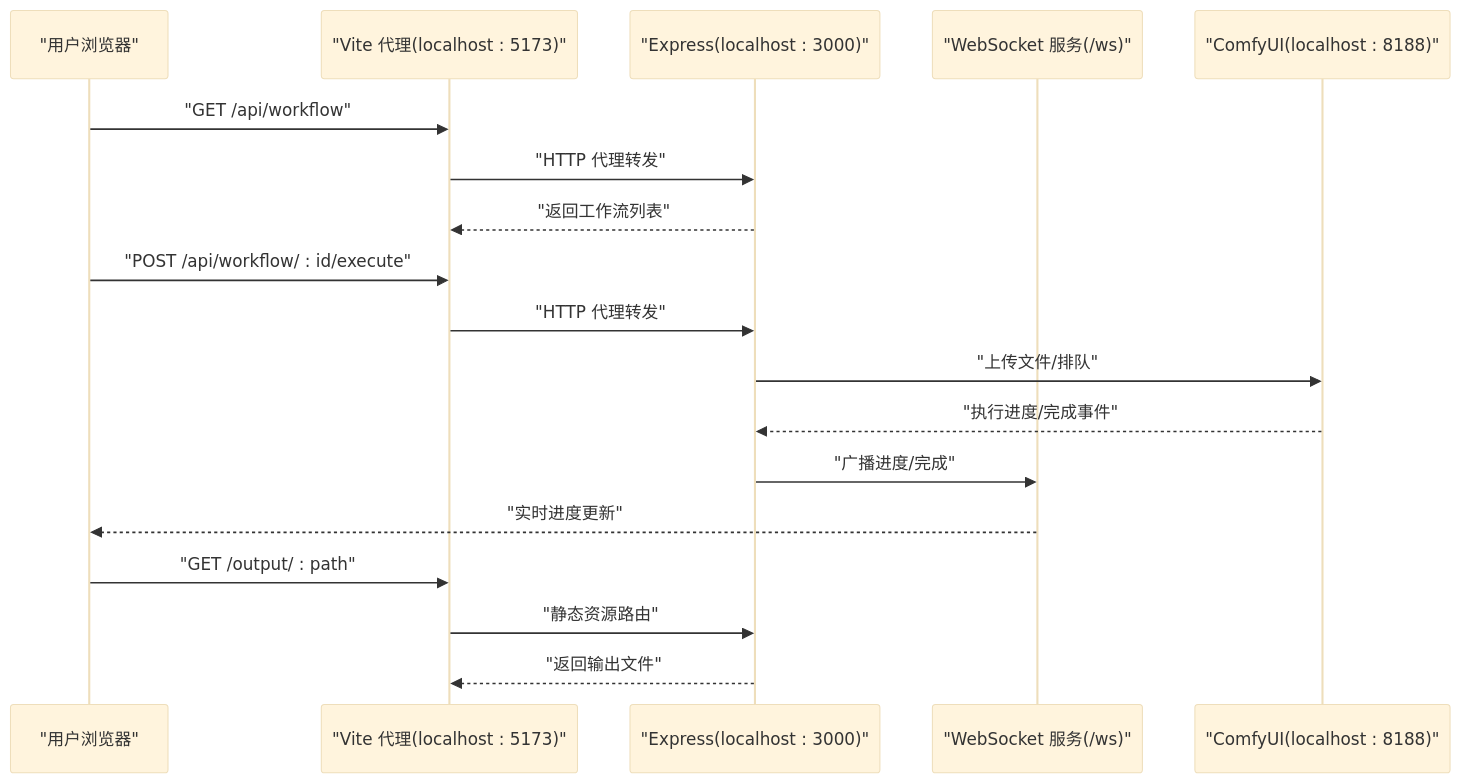
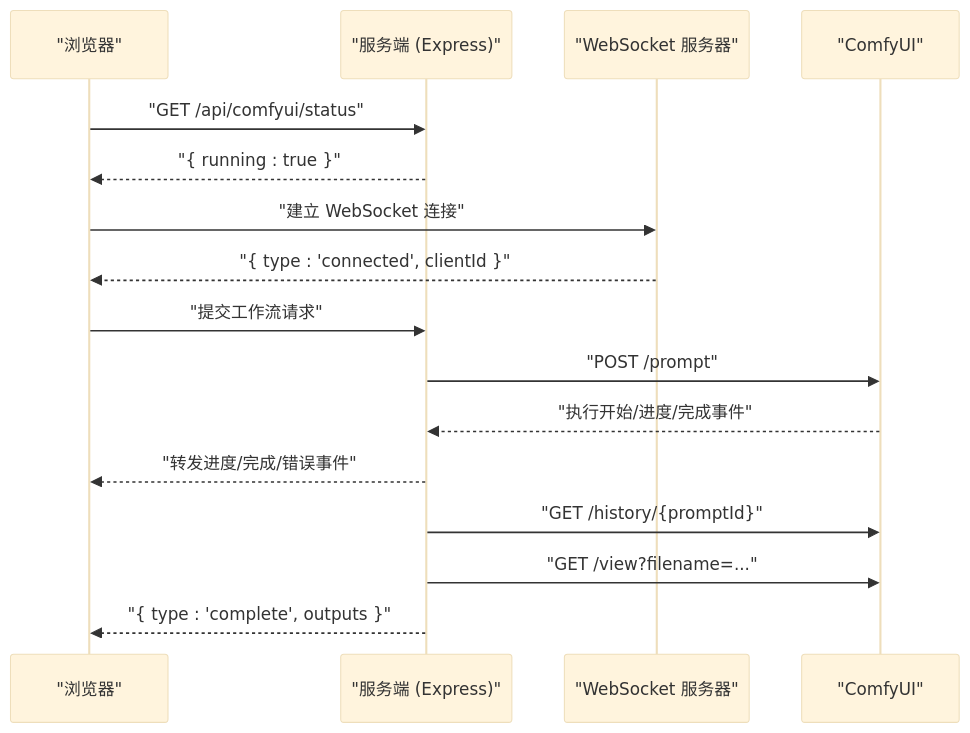
Before and after one commit to billye220670/CorineKit_Pix2Real: the second of 5 diagrams in .qoder/repowiki/zh/content/快速开始.md, drawn with Mermaid (base theme). The commit also changed other lines of this file and 315 other files, not shown here.

````diff
--- a/.qoder/repowiki/zh/content/快速开始.md
+++ b/.qoder/repowiki/zh/content/快速开始.md
@@ -100,20 +102,18 @@
 ```mermaid
 sequenceDiagram
-participant U as "用户浏览器"
-participant V as "Vite 代理(localhost : 5173)"
-participant E as "Express(localhost : 3000)"
-participant W as "WebSocket 服务(/ws)"
-participant C as "ComfyUI(localhost : 8188)"
-U->>V : "GET /api/workflow"
-V->>E : "HTTP 代理转发"
-E-->>V : "返回工作流列表"
-U->>V : "POST /api/workflow/ : id/execute"
-V->>E : "HTTP 代理转发"
-E->>C : "上传文件/排队"
-C-->>E : "执行进度/完成事件"
-E->>W : "广播进度/完成"
-W-->>U : "实时进度更新"
-U->>V : "GET /output/ : path"
-V->>E : "静态资源路由"
-E-->>V : "返回输出文件"
+participant Browser as "浏览器"
+participant Server as "服务端 (Express)"
+participant WS_Server as "WebSocket 服务器"
+participant ComfyUI as "ComfyUI"
+Browser->>Server : "GET /api/comfyui/status"
+Server-->>Browser : "{ running : true }"
+Browser->>WS_Server : "建立 WebSocket 连接"
+WS_Server-->>Browser : "{ type : 'connected', clientId }"
+Browser->>Server : "提交工作流请求"
+Server->>ComfyUI : "POST /prompt"
+ComfyUI-->>Server : "执行开始/进度/完成事件"
+Server-->>Browser : "转发进度/完成/错误事件"
+Server->>ComfyUI : "GET /history/{promptId}"
+Server->>ComfyUI : "GET /view?filename=..."
+Server-->>Browser : "{ type : 'complete', outputs }"
 ```
````
